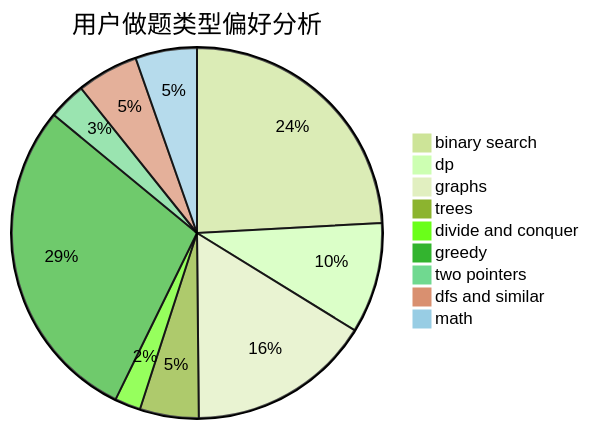
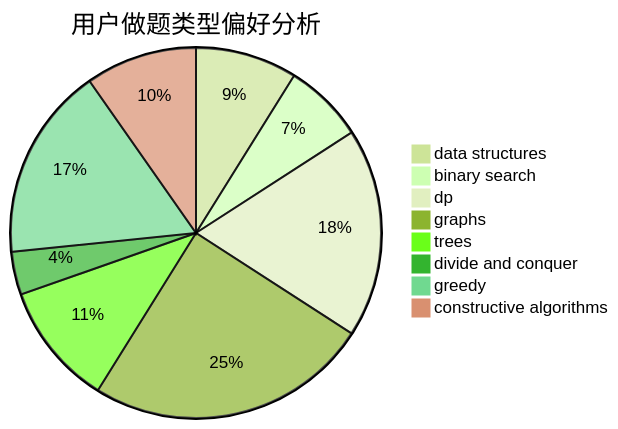
One commit to sherpahu/cfrs.github.io changed the second of 3 diagrams in docs/user/u809.md. Above: the diagram before and after it, drawn with Mermaid (forest theme). The commit also changed other lines of this file and 2775 other files, not shown here.

````diff
--- a/docs/user/u809.md
+++ b/docs/user/u809.md
@@ -23,12 +23,11 @@
 ```mermaid
 pie title 用户做题类型偏好分析
-    "binary search" :  310
-    "dp" :  124
-    "graphs" :  206
-    "trees" :  66
-    "divide and conquer" :  29
-    "greedy" :  369
-    "two pointers" :  42
-    "dfs and similar" :  69
-    "math" :  69
+    "data structures" :  52
+    "binary search" :  41
+    "dp" :  107
+    "graphs" :  145
+    "trees" :  63
+    "divide and conquer" :  22
+    "greedy" :  99
+    "constructive algorithms" :  57
 ```
````
